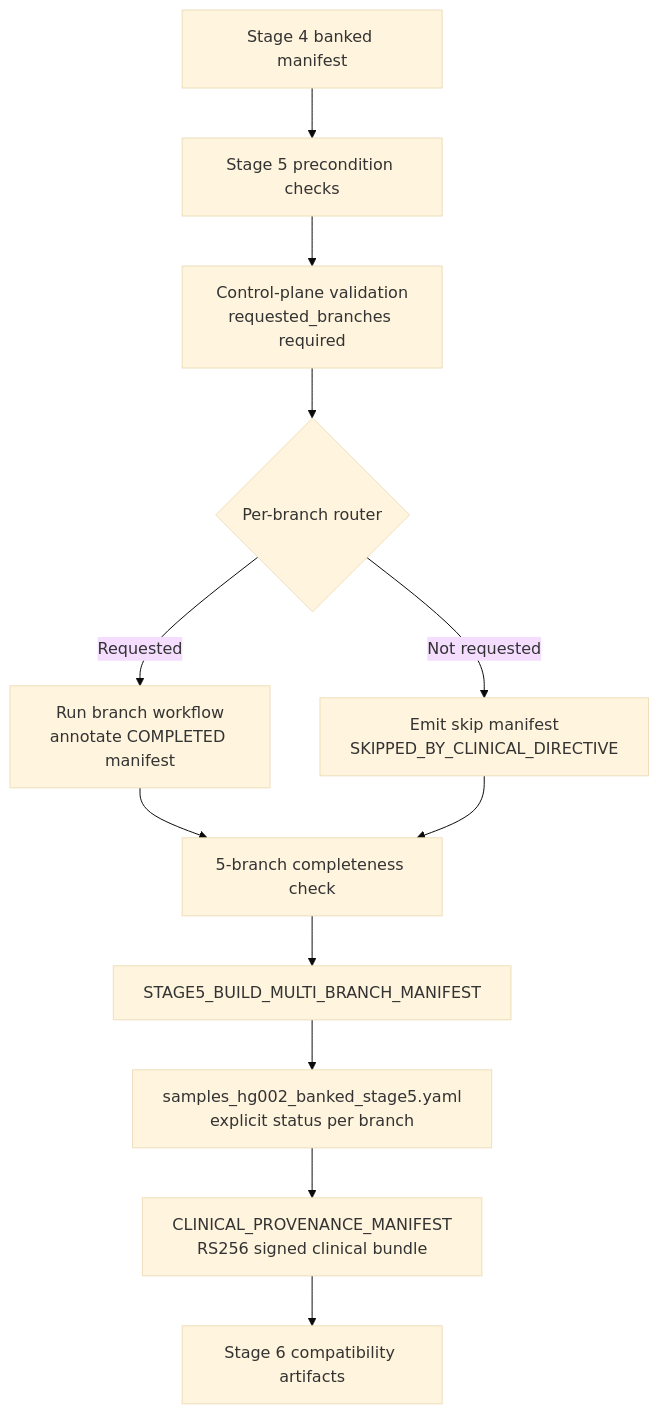
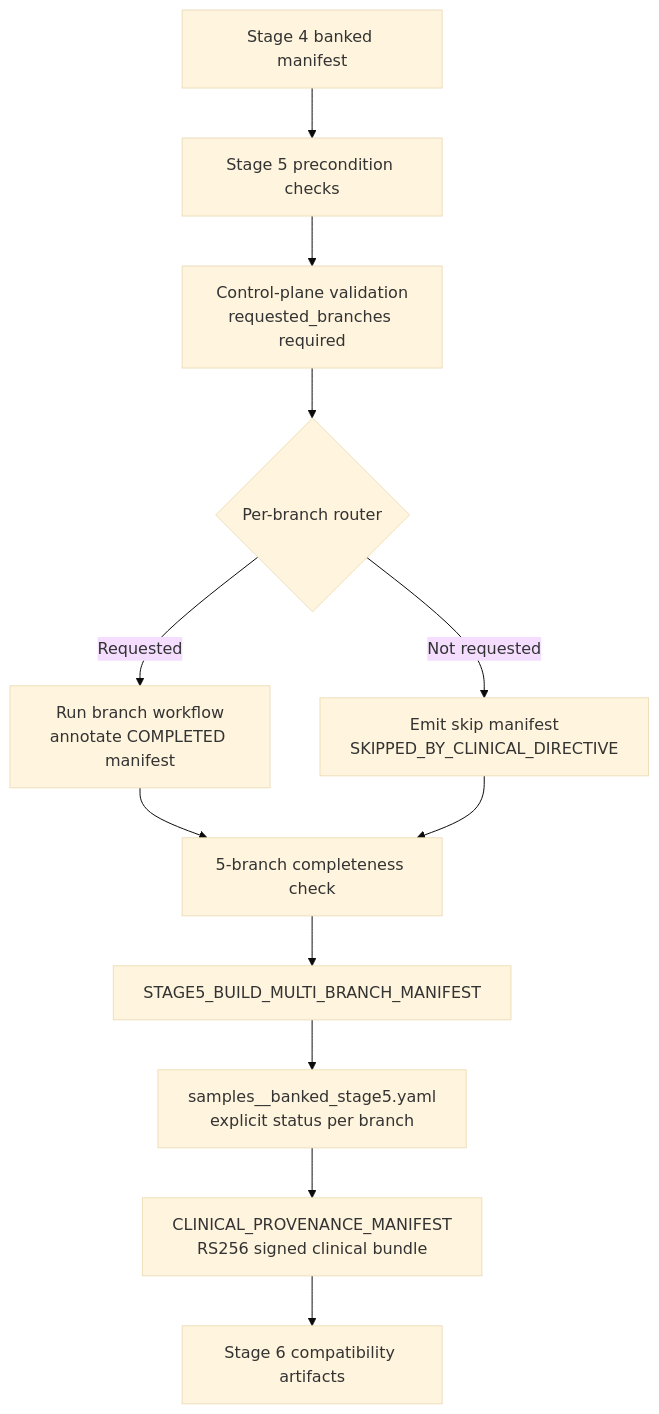
The diagram in Stage_5_Clinical_Annotation_PGx_Triage/README.md (jmorganknight/nf_Gen_Var_Pipe), drawn with Mermaid (base theme) before and after one commit. The commit also changed other lines of this file and 123 other files, not shown here.

````diff
--- a/Stage_5_Clinical_Annotation_PGx_Triage/README.md
+++ b/Stage_5_Clinical_Annotation_PGx_Triage/README.md
@@ -93,14 +93,14 @@
 ```mermaid
 flowchart TD
     A["Stage 4 banked manifest"] --> B["Stage 5 precondition checks"]
   B --> C["Control-plane validation\nrequested_branches required"]
   C --> D{"Per-branch router"}
   D -->|Requested| E["Run branch workflow\nannotate COMPLETED manifest"]
   D -->|Not requested| F["Emit skip manifest\nSKIPPED_BY_CLINICAL_DIRECTIVE"]
   E --> G["5-branch completeness check"]
   F --> G
   G --> H["STAGE5_BUILD_MULTI_BRANCH_MANIFEST"]
-  H --> I["samples_hg002_banked_stage5.yaml\nexplicit status per branch"]
+  H --> I["samples_<sample_id>_banked_stage5.yaml\nexplicit status per branch"]
   I --> J["CLINICAL_PROVENANCE_MANIFEST\nRS256 signed clinical bundle"]
   J --> K["Stage 6 compatibility artifacts"]
 ```
````
